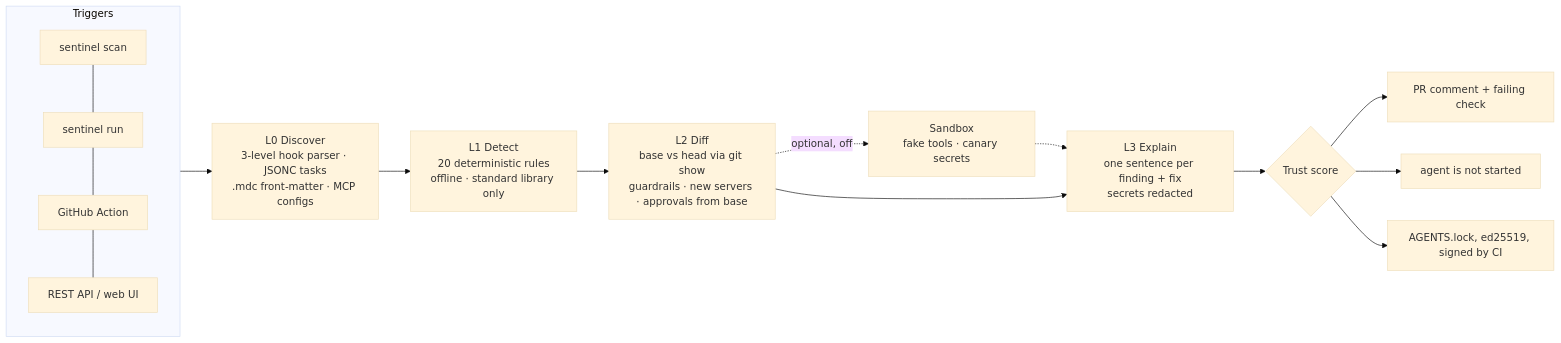
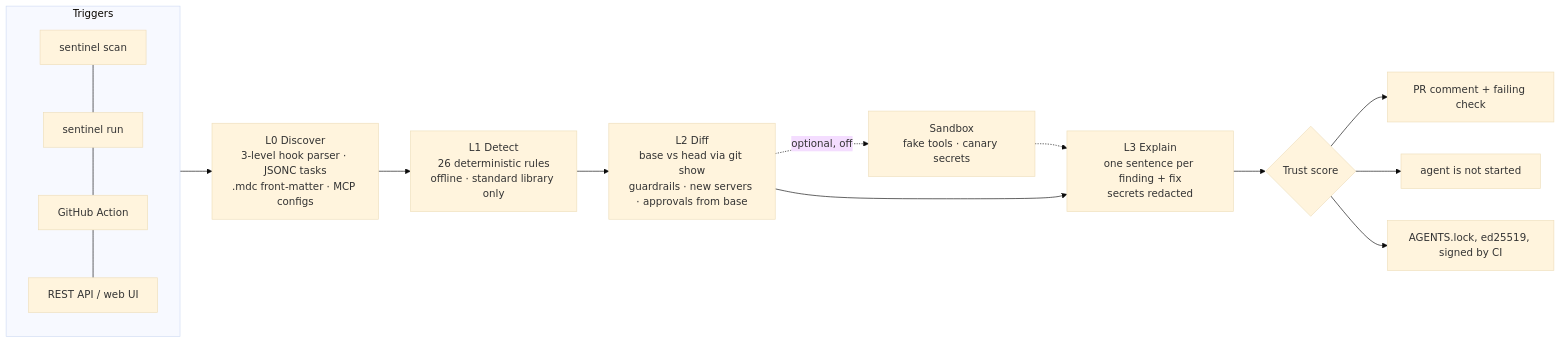
The first of 2 diagrams in README.md (GarvitAgrawal04/SENTINEL), drawn with Mermaid (base theme) before and after one commit. The commit also changed other lines of this file and 8 other files, not shown here.

````diff
--- a/README.md
+++ b/README.md
@@ -415,16 +415,16 @@
 ```mermaid
 flowchart LR
   subgraph Triggers
     CLI[sentinel scan] --- GATE[sentinel run] --- ACT[GitHub Action] --- API[REST API / web UI]
   end
   Triggers --> L0[L0 Discover<br/>3-level hook parser · JSONC tasks<br/>.mdc front-matter · MCP configs]
-  L0 --> L1[L1 Detect<br/>20 deterministic rules<br/>offline · standard library only]
+  L0 --> L1[L1 Detect<br/>26 deterministic rules<br/>offline · standard library only]
   L1 --> L2[L2 Diff<br/>base vs head via git show<br/>guardrails · new servers · approvals from base]
   L2 -. optional, off .-> DET[Sandbox<br/>fake tools · canary secrets]
   DET -.-> L3
   L2 --> L3[L3 Explain<br/>one sentence per finding + fix<br/>secrets redacted]
   L3 --> S{Trust score}
   S --> O1[PR comment + failing check]
   S --> O2[agent is not started]
   S --> O3[AGENTS.lock, ed25519, signed by CI]
 ```
````
